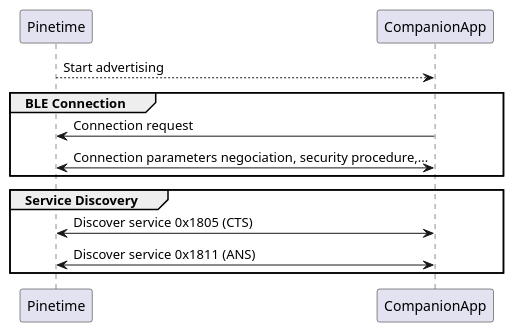
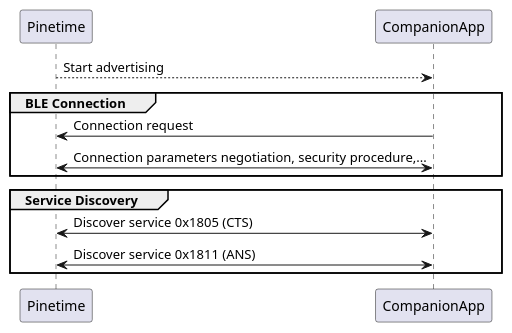
Before and after one commit to InfiniTimeOrg/InfiniTime: the diagram in doc/ble/connection_sequence.puml, drawn with PlantUML. The commit also changed 20 other files, not shown here.

```diff
--- a/doc/ble/connection_sequence.puml
+++ b/doc/ble/connection_sequence.puml
@@ -1,14 +1,14 @@
 @startuml
 Pinetime --> CompanionApp: Start advertising
 
 group BLE Connection
 CompanionApp -> Pinetime: Connection request
-CompanionApp <-> Pinetime: Connection parameters negociation, security procedure,...
+CompanionApp <-> Pinetime: Connection parameters negotiation, security procedure,...
 end
 
 group Service Discovery
 CompanionApp <-> Pinetime: Discover service 0x1805 (CTS)
 CompanionApp <-> Pinetime: Discover service 0x1811 (ANS)
 end
 
 @enduml
```
